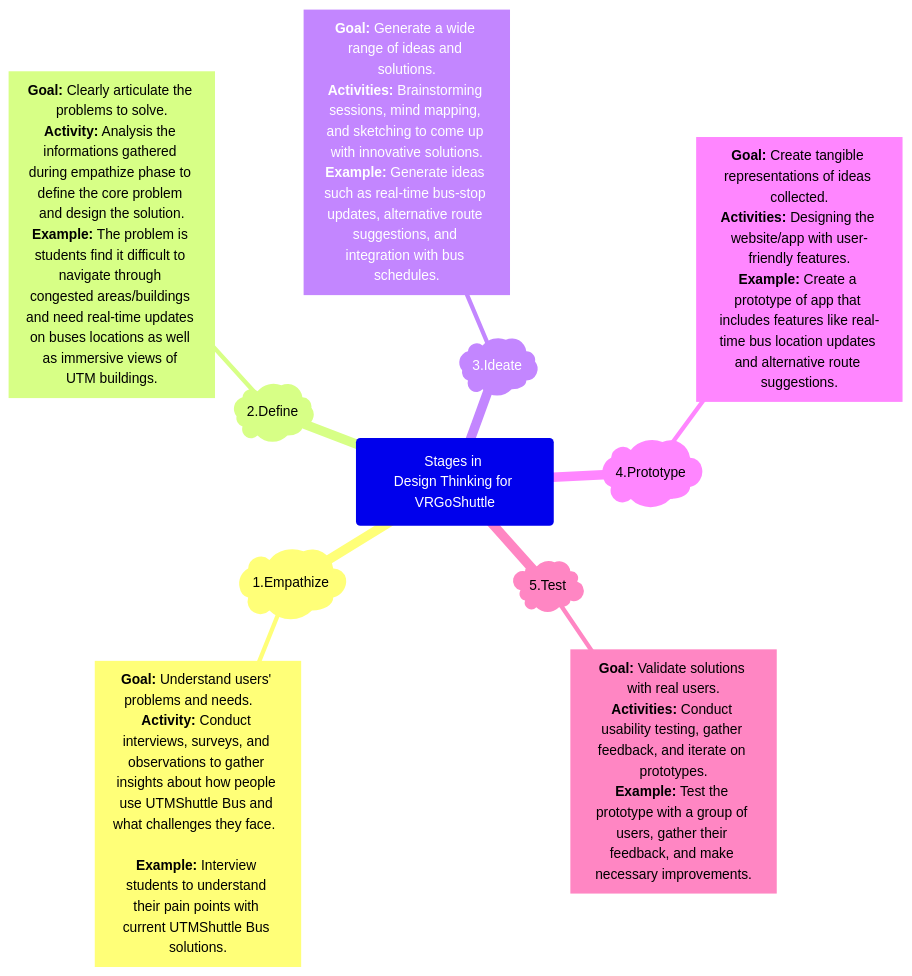
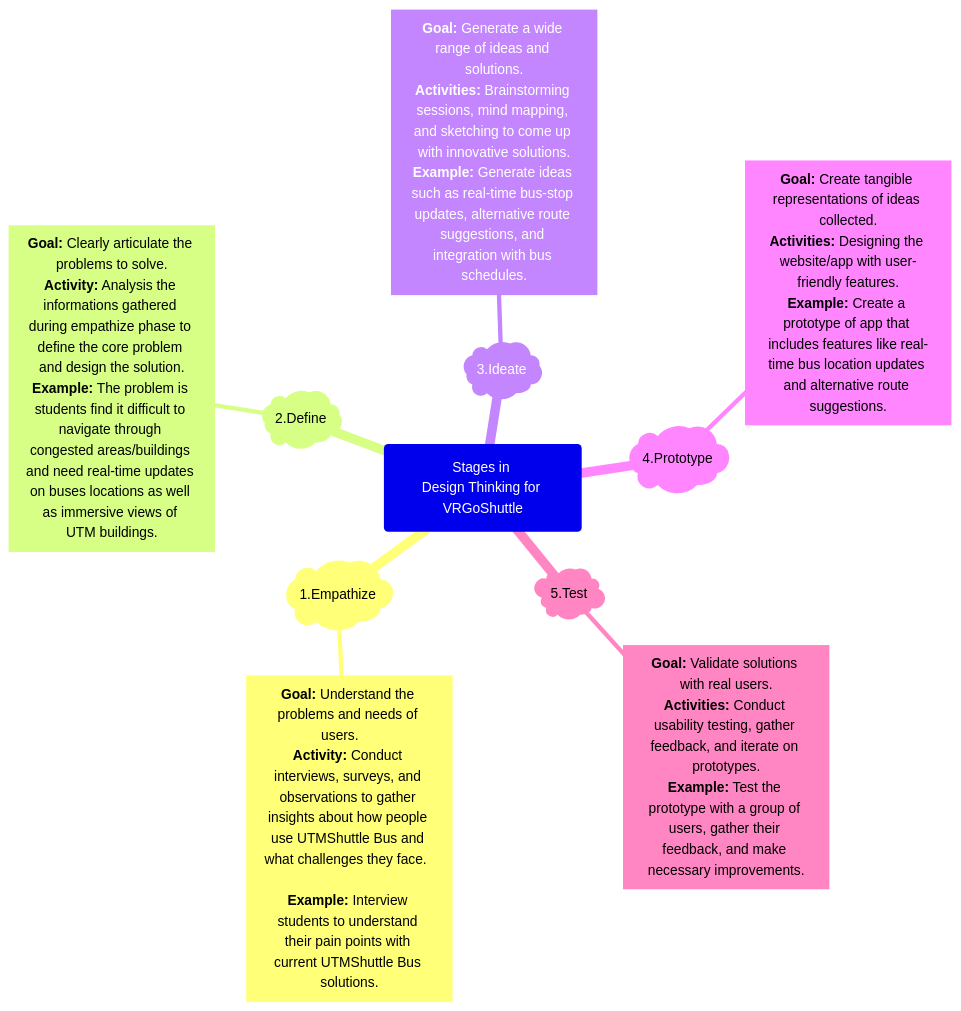
One commit to HaritzHaykal/Group-1 changed the diagram in Group 3/Design Thinking.md. Above: the diagram before and after it, drawn with Mermaid.

Commit message:
Update Design Thinking.md

````diff
--- a/Group 3/Design Thinking.md
+++ b/Group 3/Design Thinking.md
@@ -1,25 +1,25 @@
 ```mermaid
 mindmap
   root(Stages in 
 Design Thinking for VRGoShuttle)
     )1.Empathize(
-      [**Goal:** Understand users' problems and needs.     
+      [**Goal:** Understand the problems and needs of users.     
 **Activity:** Conduct interviews, surveys, and observations to gather insights about how people use UTMShuttle Bus and what challenges they face.        
 **Example:** Interview students to understand their pain points with current UTMShuttle Bus solutions.]
     )2.Define(
       [**Goal:** Clearly articulate the problems to solve.
       **Activity:** Analysis the informations gathered during empathize phase to define the core problem and design the solution.
       **Example:** The problem is students find it difficult to navigate through congested areas/buildings and need real-time updates on buses locations as well as immersive views of UTM buildings.]
     )3.Ideate(
       [**Goal:** Generate a wide range of ideas and solutions.
 **Activities:** Brainstorming sessions, mind mapping, and sketching to come up with innovative solutions.
 **Example:** Generate ideas such as real-time bus-stop updates, alternative route suggestions, and integration with bus schedules.]
     )4.Prototype(
       [**Goal:** Create tangible representations of ideas collected.
       **Activities:** Designing the website/app with user-friendly features.
       **Example:** Create a prototype of app that includes features like real-time bus location updates and alternative route suggestions.]
     )5.Test(
       [**Goal:** Validate solutions with real users.
       **Activities:** Conduct usability testing, gather feedback, and iterate on prototypes.
       **Example:** Test the prototype with a group of users, gather their feedback, and make necessary improvements.]
 ```
````
